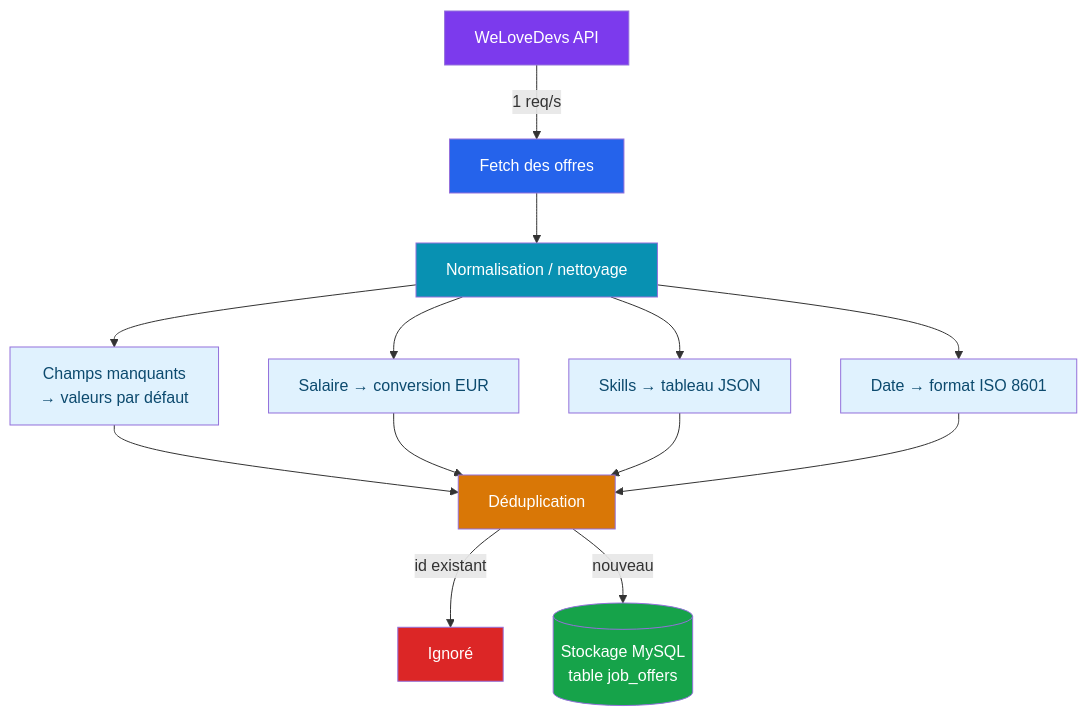
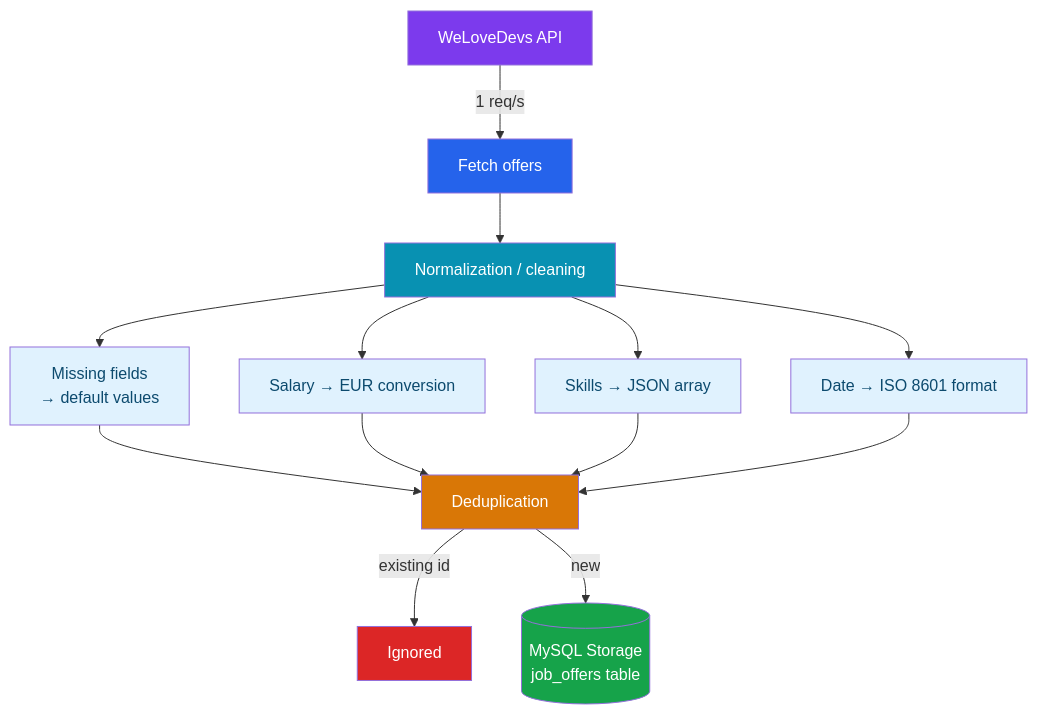
Before and after one commit to MeghCH/Job-Aggregator-DevJob: the diagram in Docs/ADR/ADR-data.md, drawn with Mermaid. The commit also changed other lines of this file and 1 other file, not shown here.

````diff
--- a/Docs/ADR/ADR-data.md
+++ b/Docs/ADR/ADR-data.md
@@ -39,23 +39,23 @@
 ```mermaid
 flowchart TD
-    A[WeLoveDevs API] -->|1 req/s| B[Fetch des offres]
-    B --> C[Normalisation / nettoyage]
-    C --> C1[Champs manquants <br/>→ valeurs par défaut]
-    C --> C2[Salaire → conversion EUR]
-    C --> C3[Skills → tableau JSON]
-    C --> C4[Date → format ISO 8601]
-    C1 & C2 & C3 & C4 --> D[Déduplication]
-    D -->|id existant| E[Ignoré]
-    D -->|nouveau| F[(Stockage MySQL<br/>table job_offers)]
+    A[WeLoveDevs API] -->|1 req/s| B[Fetch offers]
+    B --> C[Normalization / cleaning]
+    C --> C1[Missing fields <br/>→ default values]
+    C --> C2[Salary → EUR conversion]
+    C --> C3[Skills → JSON array]
+    C --> C4[Date → ISO 8601 format]
+    C1 & C2 & C3 & C4 --> D[Deduplication]
+    D -->|existing id| E[Ignored]
+    D -->|new| F[(MySQL Storage<br/>job_offers table)]
 
     style A fill:#7C3AED,color:#fff
     style B fill:#2563EB,color:#fff
     style C fill:#0891B2,color:#fff
     style C1 fill:#E0F2FE,color:#0C4A6E
     style C2 fill:#E0F2FE,color:#0C4A6E
     style C3 fill:#E0F2FE,color:#0C4A6E
     style C4 fill:#E0F2FE,color:#0C4A6E
     style D fill:#D97706,color:#fff
     style E fill:#DC2626,color:#fff
     style F fill:#16A34A,color:#fff
 ```
````
